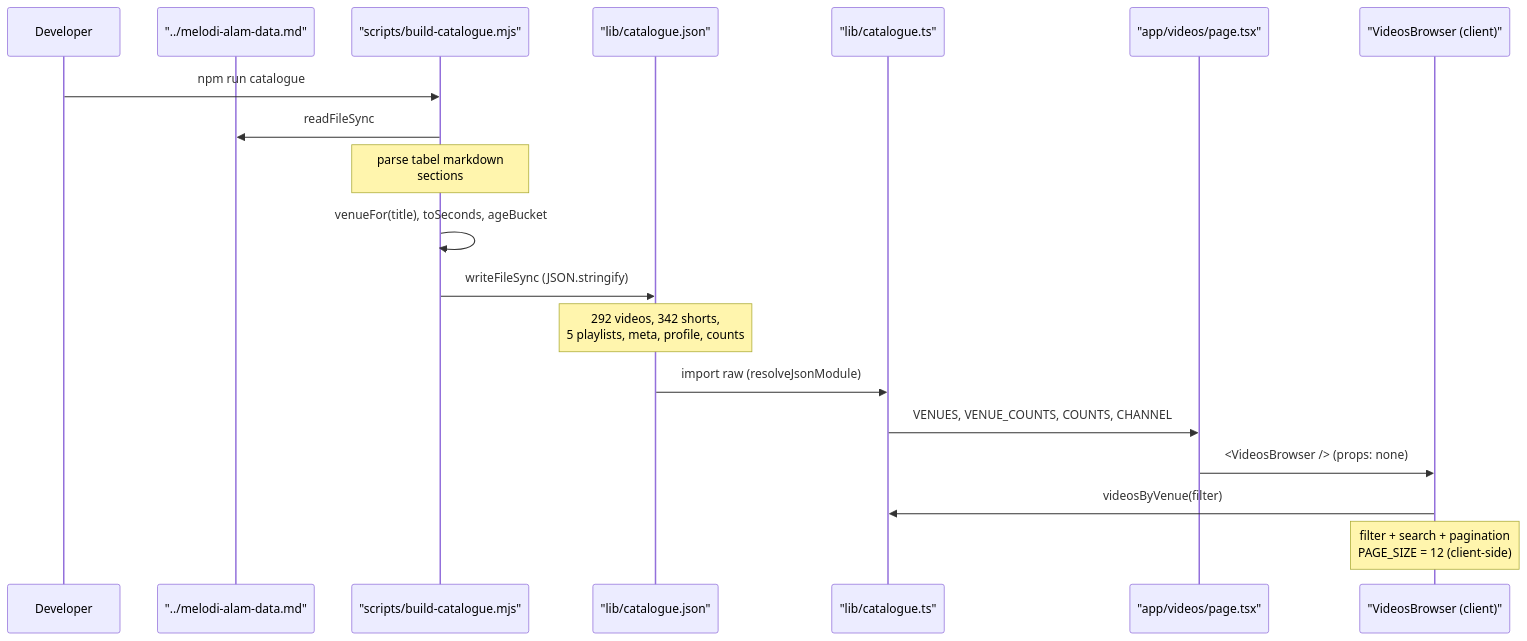
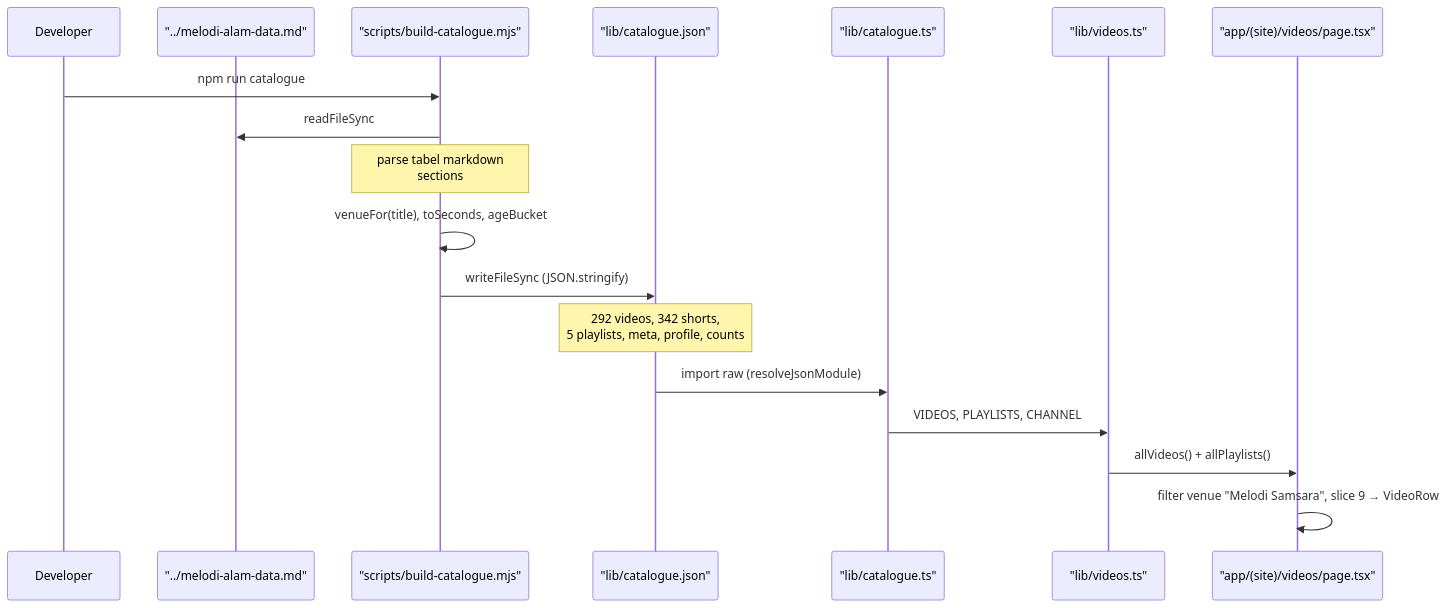
The fifth of 6 diagrams in docs/ARCHITECTURE.md (albiruby/melodialam-website), drawn with Mermaid before and after one commit. The commit also changed other lines of this file and 23 other files, not shown here.

````diff
--- a/docs/ARCHITECTURE.md
+++ b/docs/ARCHITECTURE.md
@@ -431,22 +577,21 @@
 ```mermaid
 sequenceDiagram
   participant Dev as Developer
   participant MD as "../melodi-alam-data.md"
   participant BC as "scripts/build-catalogue.mjs"
   participant JSON as "lib/catalogue.json"
   participant TS as "lib/catalogue.ts"
-  participant Page as "app/videos/page.tsx"
-  participant Browser as "VideosBrowser (client)"
+  participant VID as "lib/videos.ts"
+  participant Page as "app/(site)/videos/page.tsx"
 
   Dev->>BC: npm run catalogue
   BC->>MD: readFileSync
   Note over BC: parse tabel markdown<br/>sections ## 3./## 4./## 5.<br/>+ tabel Profil ## 1.
   BC->>BC: venueFor(title), toSeconds, ageBucket
   BC->>JSON: writeFileSync (JSON.stringify)
   Note over JSON: 292 videos, 342 shorts,<br/>5 playlists, meta, profile, counts
   JSON->>TS: import raw (resolveJsonModule)
-  TS->>Page: VENUES, VENUE_COUNTS, COUNTS, CHANNEL
-  Page->>Browser: <VideosBrowser /> (props: none)
-  Browser->>TS: videosByVenue(filter)
-  Note over Browser: filter + search + pagination<br/>PAGE_SIZE = 12 (client-side)
+  TS->>VID: VIDEOS, PLAYLISTS, CHANNEL
+  VID->>Page: allVideos() + allPlaylists()
+  Page->>Page: filter venue "Melodi Samsara", slice 9 → VideoRow
 ```
````
